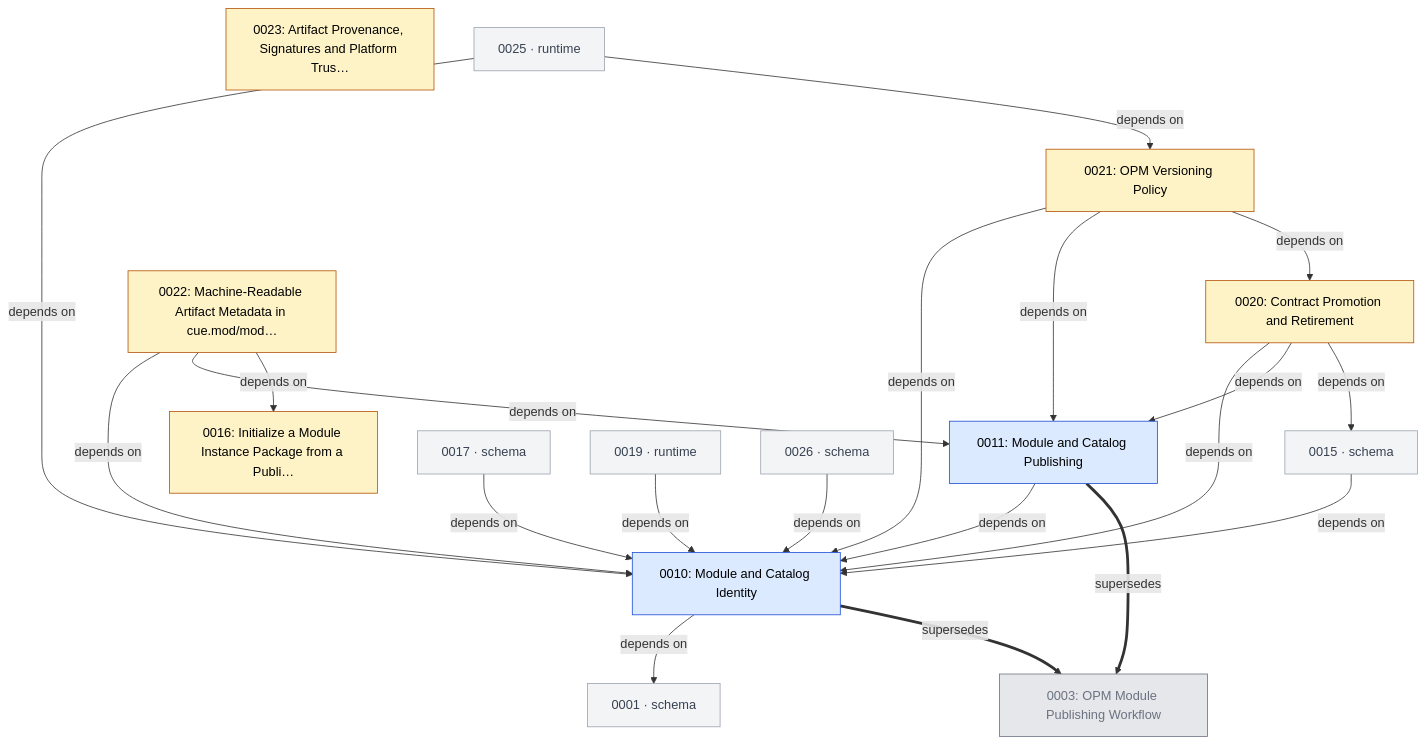
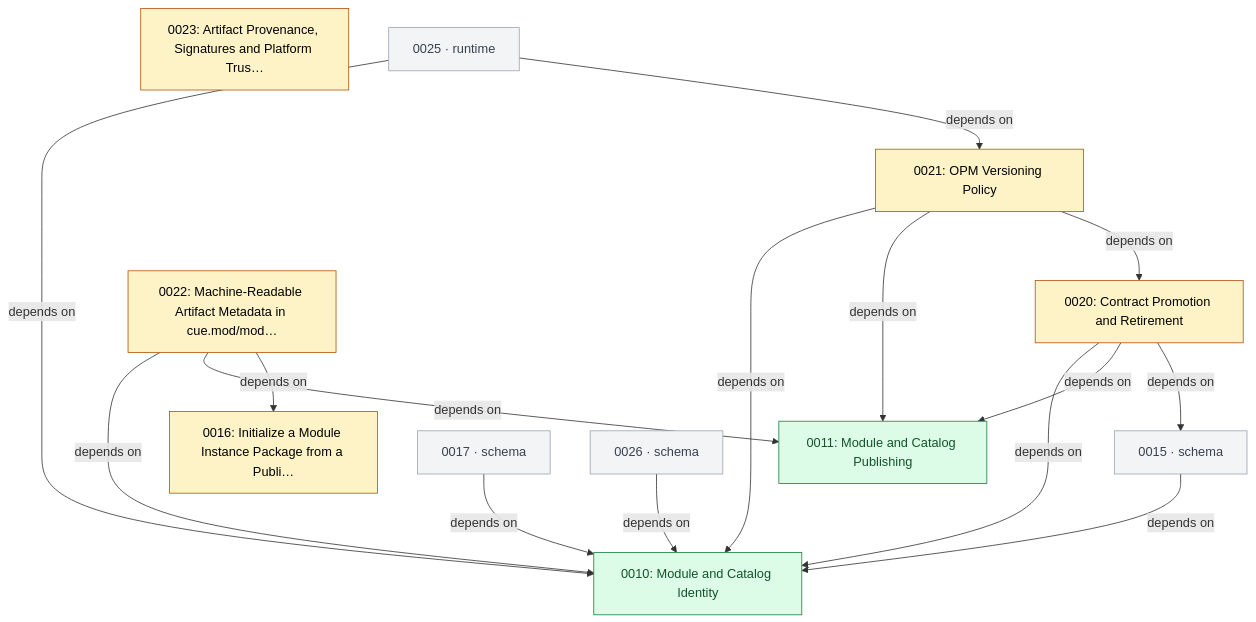
One commit to open-platform-model/enhancements changed the fourth of 7 diagrams in GRAPH.md. Above: the diagram before and after it, drawn with Mermaid. The commit also changed other lines of this file and 525 other files, not shown here.

````diff
--- a/GRAPH.md
+++ b/GRAPH.md
@@ -128,45 +128,38 @@
 ```mermaid
 graph TD
   classDef draft       fill:#fef3c7,stroke:#b45309,color:#000
   classDef accepted    fill:#dbeafe,stroke:#1d4ed8,color:#000
   classDef rejected    fill:#fee2e2,stroke:#b91c1c,color:#7f1d1d,stroke-dasharray:4 2
   classDef superseded  fill:#e5e7eb,stroke:#6b7280,color:#6b7280
+  classDef delivered   fill:#dcfce7,stroke:#15803d,color:#14532d
   classDef legacy      fill:#fafafa,stroke:#9ca3af,color:#6b7280,stroke-dasharray:3 3
   classDef stub        fill:#f3f4f6,stroke:#9ca3af,color:#374151
   classDef category    fill:#ede9fe,stroke:#6d28d9,color:#000
 
-  N0010["0010: Module and Catalog Identity"]:::accepted
-  N0011["0011: Module and Catalog Publishing"]:::accepted
+  N0010["0010: Module and Catalog Identity"]:::delivered
+  N0011["0011: Module and Catalog Publishing"]:::delivered
   N0016["0016: Initialize a Module Instance Package from a Publi…"]:::draft
   N0020["0020: Contract Promotion and Retirement"]:::draft
   N0021["0021: OPM Versioning Policy"]:::draft
   N0022["0022: Machine-Readable Artifact Metadata in cue.mod/mod…"]:::draft
   N0023["0023: Artifact Provenance, Signatures and Platform Trus…"]:::draft
-  N0003["0003: OPM Module Publishing Workflow"]:::superseded
-  N0001["0001 · schema"]:::stub
   N0015["0015 · schema"]:::stub
   N0017["0017 · schema"]:::stub
-  N0019["0019 · runtime"]:::stub
   N0025["0025 · runtime"]:::stub
   N0026["0026 · schema"]:::stub
 
-  N0010 -->|depends on| N0001
-  N0011 -->|depends on| N0010
   N0015 -->|depends on| N0010
   N0017 -->|depends on| N0010
-  N0019 -->|depends on| N0010
   N0020 -->|depends on| N0010
   N0020 -->|depends on| N0011
   N0020 -->|depends on| N0015
   N0021 -->|depends on| N0010
   N0021 -->|depends on| N0011
   N0021 -->|depends on| N0020
   N0022 -->|depends on| N0010
   N0022 -->|depends on| N0011
   N0022 -->|depends on| N0016
   N0025 -->|depends on| N0010
   N0025 -->|depends on| N0021
   N0026 -->|depends on| N0010
-  N0010 ==>|supersedes| N0003
-  N0011 ==>|supersedes| N0003
 ```
````
